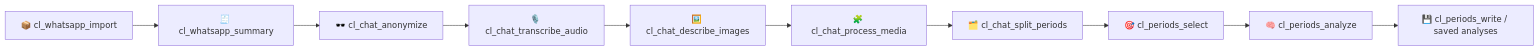
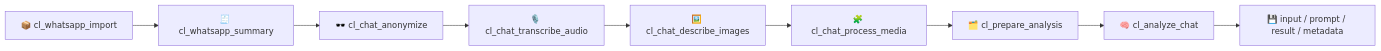
One commit to hugorteixeira/chatlens changed the first of 2 diagrams in README.md. Above: the diagram before and after it, drawn with Mermaid. The commit also changed other lines of this file and 37 other files, not shown here.

````diff
--- a/README.md
+++ b/README.md
@@ -24,12 +24,11 @@
 ```mermaid
 flowchart LR
     A[📦 cl_whatsapp_import] --> B[🧾 cl_whatsapp_summary]
     B --> C[🕶️ cl_chat_anonymize]
     C --> D[🎙️ cl_chat_transcribe_audio]
     D --> E[🖼️ cl_chat_describe_images]
     E --> F[🧩 cl_chat_process_media]
-    F --> G[🗂️ cl_chat_split_periods]
-    G --> H[🎯 cl_periods_select]
-    H --> I[🧠 cl_periods_analyze]
-    I --> J[💾 cl_periods_write / saved analyses]
+    F --> G[🗂️ cl_prepare_analysis]
+    G --> H[🧠 cl_analyze_chat]
+    H --> I[💾 input / prompt / result / metadata]
 ```
````
